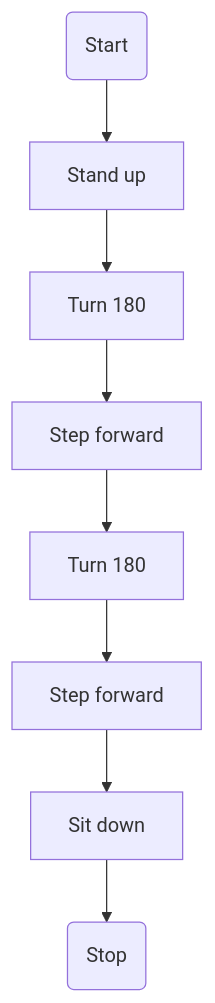
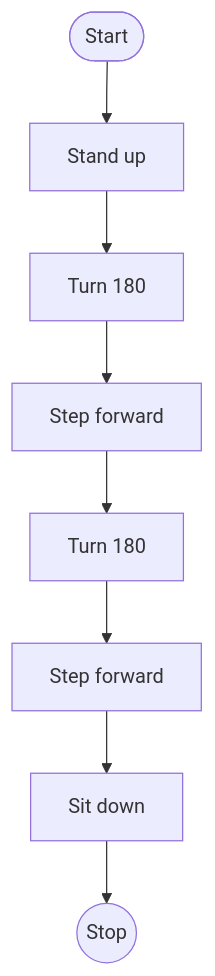
The second of 2 diagrams in computational-thinking/week-05/seminar/README.md (roehampton/module-content), drawn with Mermaid before and after one commit.

Commit message:
Last version of start and stop

```diff
--- a/computational-thinking/week-05/seminar/README.md
+++ b/computational-thinking/week-05/seminar/README.md
@@ -43,12 +43,12 @@
 <div class="mermaid">
 flowchart TD;
-    start(Start)
+    start([Start])
     id1[Stand up]
     id2[Turn 180]
     id3[Step forward]
     id4[Turn 180]
     id5[Step forward]
     id6[Sit down]
-    stop(Stop)
+    stop((Stop))
     start --> id1 --> id2 --> id3 --> id4 --> id5 --> id6 --> stop
 </div>
```
